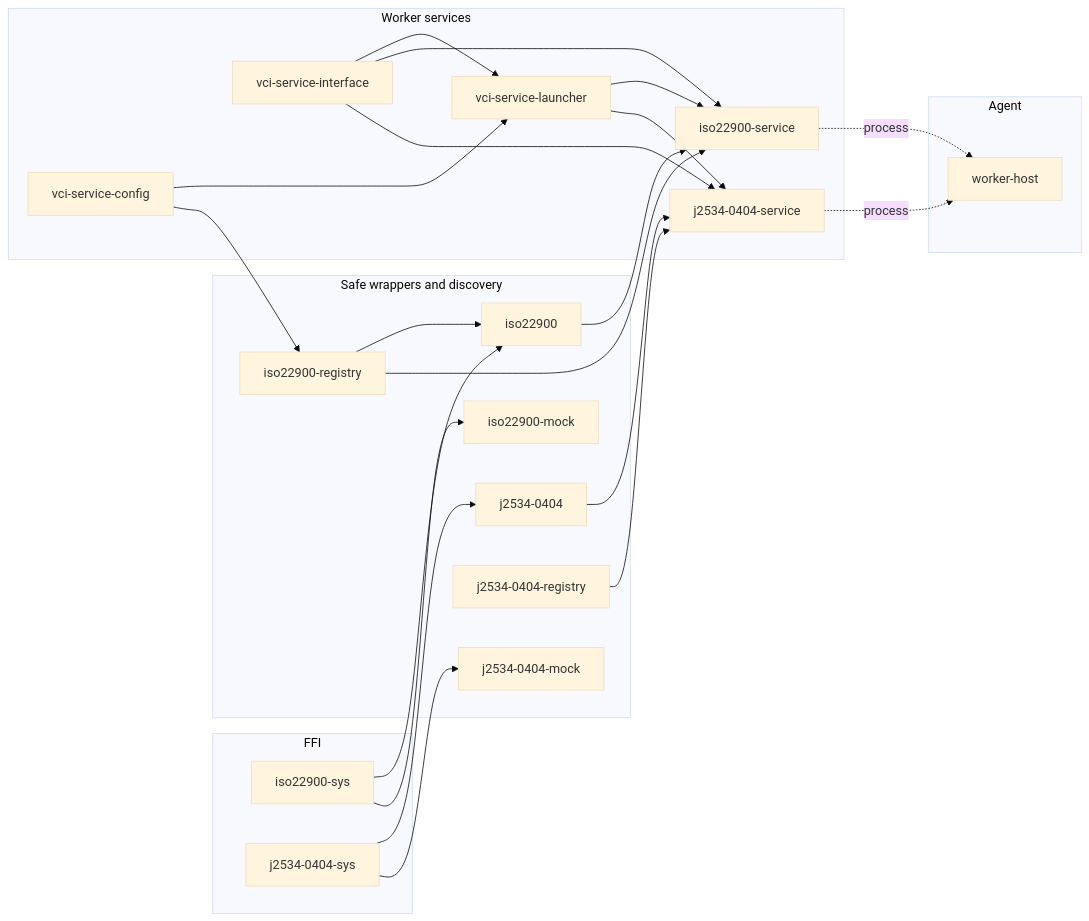
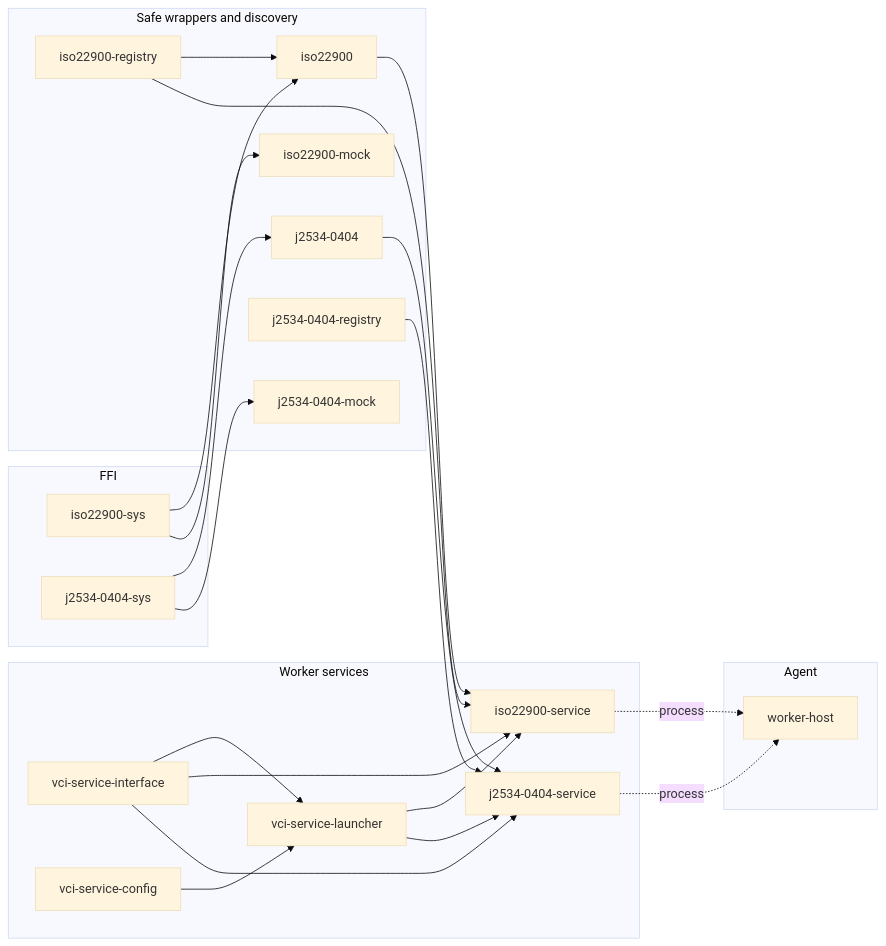
Before and after one commit to okayyoumay/nekoguruma: the second of 3 diagrams in docs/worker-crates.md, drawn with Mermaid (base theme). The commit also changed other lines of this file and 13 other files, not shown here.

````diff
--- a/docs/worker-crates.md
+++ b/docs/worker-crates.md
@@ -231,47 +231,46 @@
 ```mermaid
 graph LR
     subgraph FFI["FFI"]
         sys1["iso22900-sys"]
         sys2["j2534-0404-sys"]
     end
 
     subgraph Wrapper["Safe wrappers and discovery"]
         reg["iso22900-registry"]
         w1["iso22900"]
         w2["j2534-0404"]
         mock1["iso22900-mock"]
         mock2["j2534-0404-mock"]
         reg2["j2534-0404-registry"]
     end
 
     subgraph Service["Worker services"]
         iface["vci-service-interface"]
         cfg["vci-service-config"]
         launcher["vci-service-launcher"]
         svc1["iso22900-service"]
         svc2["j2534-0404-service"]
     end
 
     subgraph Agent["Agent"]
         host["worker-host"]
     end
 
     sys1 --> w1
     sys2 --> w2
     sys1 --> mock1
     sys2 --> mock2
     reg --> w1
     w1 --> svc1
     w2 --> svc2
     reg --> svc1
     reg2 --> svc2
     iface --> launcher
     iface --> svc1
     iface --> svc2
     cfg --> launcher
-    cfg --> reg
     launcher --> svc1
     launcher --> svc2
     svc1 -.->|process| host
     svc2 -.->|process| host
 ```
````
